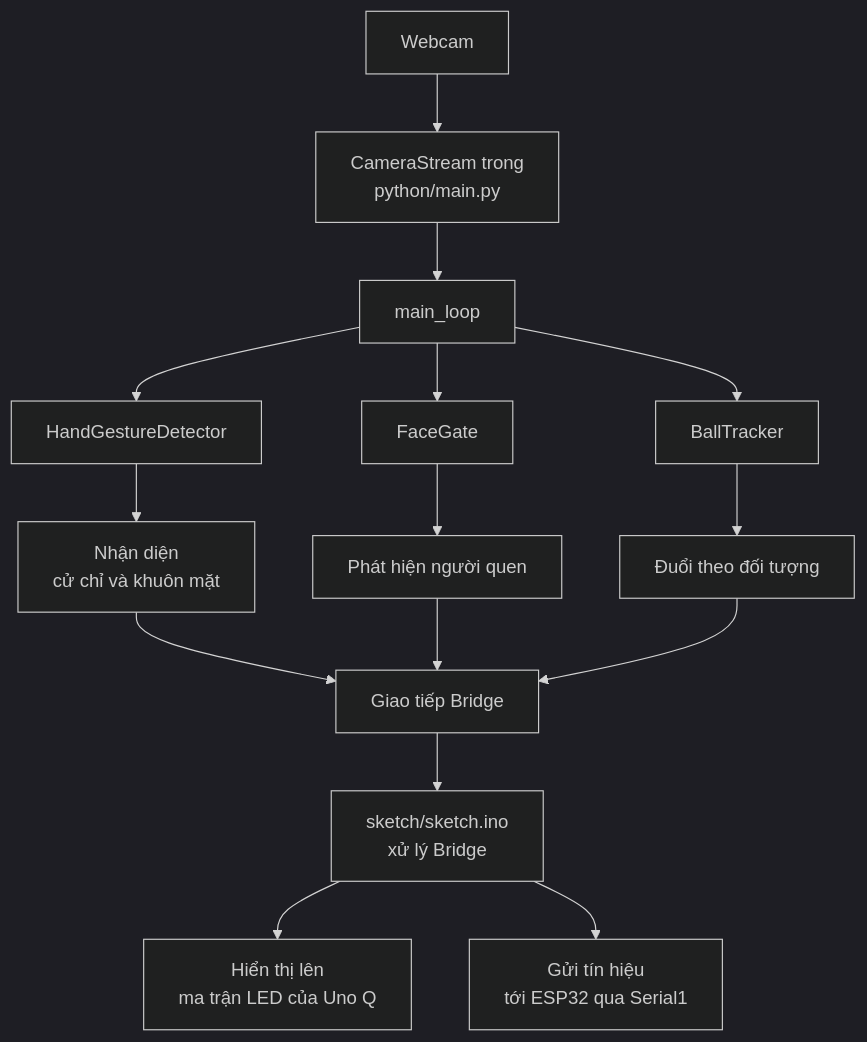
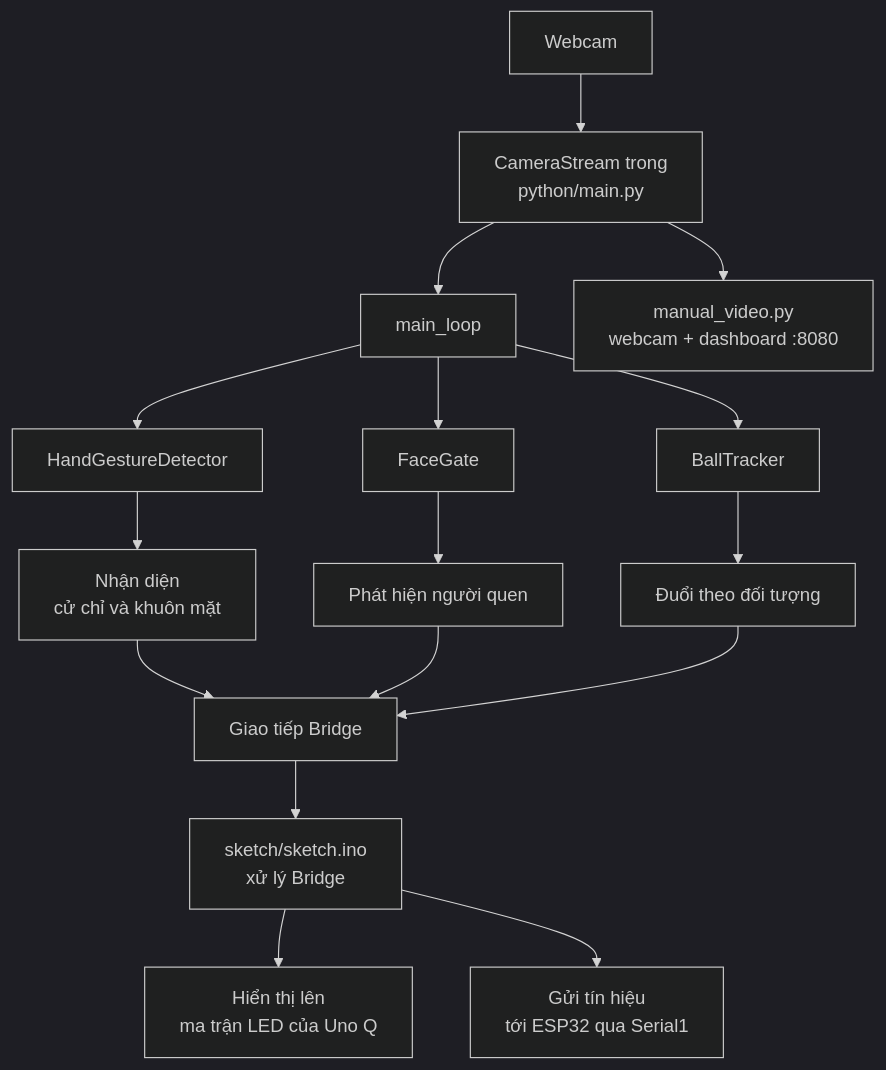
The diagram in docs/system-structure-dataflow.md (BenYogesh/RoboDog), drawn with Mermaid (dark theme) before and after one commit. The commit also changed other lines of this file and 7 other files, not shown here.

````diff
--- a/docs/system-structure-dataflow.md
+++ b/docs/system-structure-dataflow.md
@@ -15,17 +15,18 @@
 ```mermaid
 flowchart TD
     Camera["Webcam"] --> Stream["CameraStream trong <br>python/main.py"]
     Stream --> Loop["main_loop"]
     Loop --> Hands["HandGestureDetector"]
     Loop --> Face["FaceGate"]
     Loop --> Ball["BallTracker"]
     Hands --> Decide["Nhận diện <br>cử chỉ và khuôn mặt"]
     Face --> Gate["Phát hiện người quen"]
     Ball --> Chase["Đuổi theo đối tượng"]
     Decide --> Bridge["Giao tiếp Bridge"]
     Gate --> Bridge
     Chase --> Bridge
     Bridge --> Sketch["sketch/sketch.ino <br>xử lý Bridge"]
     Sketch --> Matrix["Hiển thị lên <br>ma trận LED của Uno Q"]
     Sketch --> UART["Gửi tín hiệu <br>tới ESP32 qua Serial1"]
+    Stream --> Dashboard["manual_video.py <br>webcam + dashboard :8080"]
 ```
````
